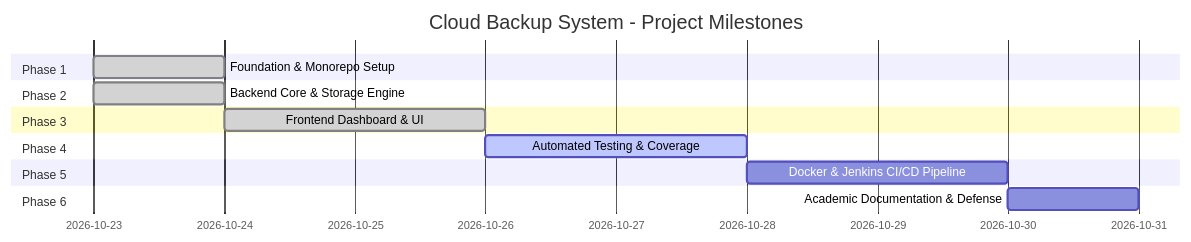
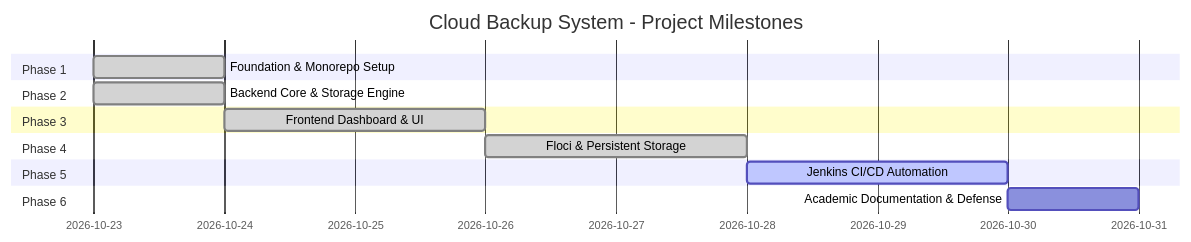
One commit to LakshayYadav167/Cloud-backup-system changed the diagram in docs/phase_plan.md. Above: the diagram before and after it, drawn with Mermaid. The commit also changed other lines of this file and 18 other files, not shown here.

Commit message:
feat(phase-4): integrate Floci AWS emulator, persistent storage volumes, and Docker Compose

````diff
--- a/docs/phase_plan.md
+++ b/docs/phase_plan.md
@@ -9,17 +9,17 @@
 ```mermaid
 gantt
     title Cloud Backup System - Project Milestones
     dateFormat  YYYY-MM-DD
     section Phase 1
     Foundation & Monorepo Setup    :done, p1, 2026-10-23, 1d
     section Phase 2
     Backend Core & Storage Engine   :done, p2, 2026-10-23, 1d
     section Phase 3
     Frontend Dashboard & UI         :done, p3, after p2, 2d
     section Phase 4
-    Automated Testing & Coverage    :active, p4, after p3, 2d
+    Floci & Persistent Storage      :done, p4, after p3, 2d
     section Phase 5
-    Docker & Jenkins CI/CD Pipeline :p5, after p4, 2d
+    Jenkins CI/CD Automation        :active, p5, after p4, 2d
     section Phase 6
     Academic Documentation & Defense:p6, after p5, 1d
 ```
````
